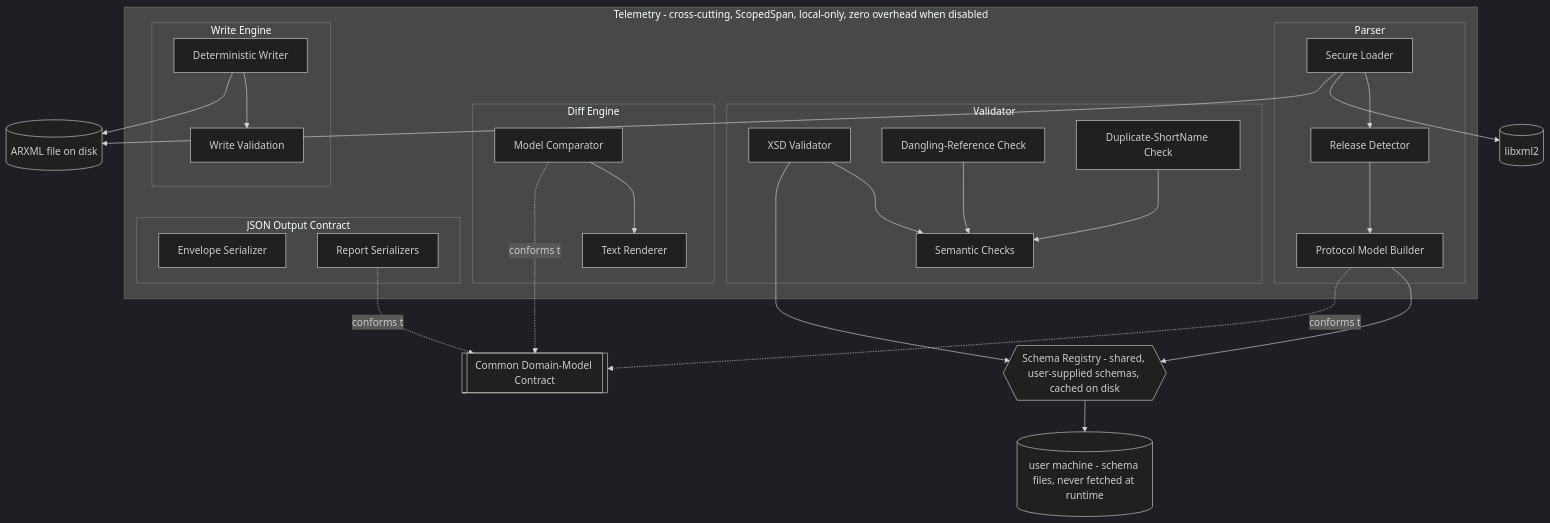
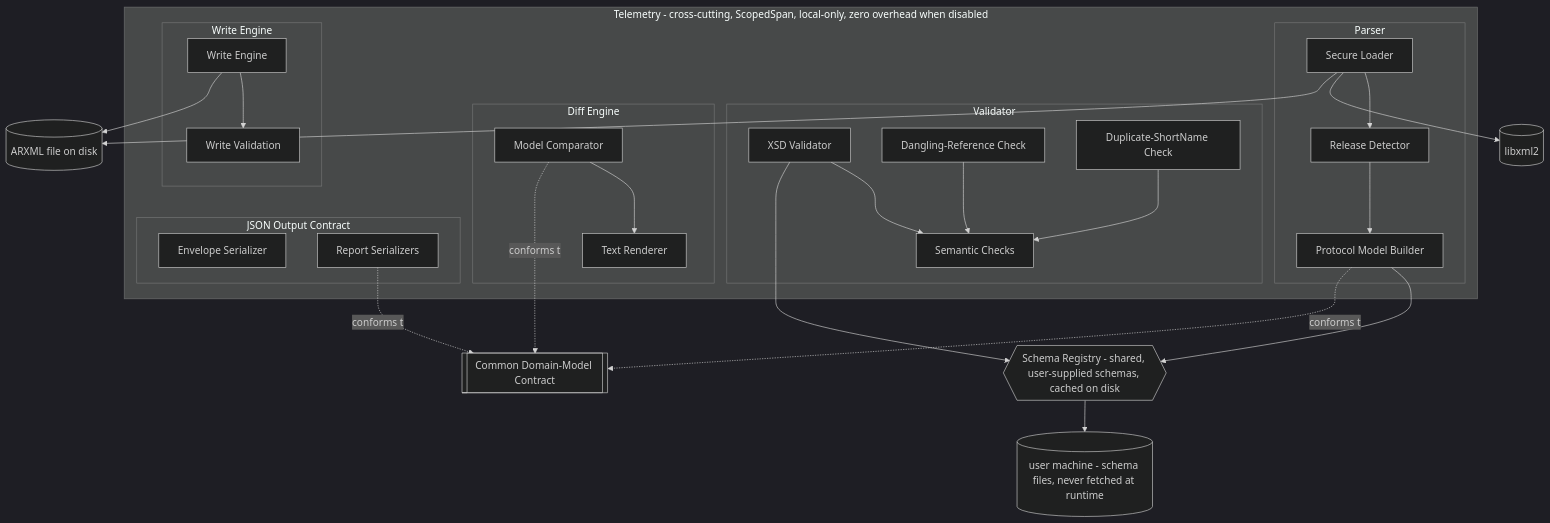
Before and after one commit to sureandhar-a/ParseX: the second of 4 diagrams in docs/hld.md, drawn with Mermaid (dark theme). The commit also changed other lines of this file and 2 other files, not shown here.

````diff
--- a/docs/hld.md
+++ b/docs/hld.md
@@ -41,46 +46,46 @@
 ```mermaid
 graph TD
     subgraph Telemetry[Telemetry - cross-cutting, ScopedSpan, local-only, zero overhead when disabled]
         subgraph Parser
             PLoader[Secure Loader] --> PRelease[Release Detector]
             PRelease --> PBuilder[Protocol Model Builder]
         end
 
         subgraph Validator
             VXsd[XSD Validator] --> VRules[Semantic Checks]
             VDangling[Dangling-Reference Check] --> VRules
             VDup[Duplicate-ShortName Check] --> VRules
         end
 
         subgraph DiffEngine[Diff Engine]
             DComp[Model Comparator] --> DRender[Text Renderer]
         end
 
         subgraph WriteEngine[Write Engine]
-            WEngine[Deterministic Writer] --> WValidate[Write Validation]
+            WEngine[Write Engine] --> WValidate[Write Validation]
         end
 
         subgraph JSONContract[JSON Output Contract]
             JEnv[Envelope Serializer]
             JDomain[Report Serializers]
         end
     end
 
     SchemaRegistry{{Schema Registry - shared, user-supplied schemas, cached on disk}}
     PBuilder --> SchemaRegistry
     VXsd --> SchemaRegistry
 
     Contract[[Common Domain-Model Contract]]
     PBuilder -.conforms to.-> Contract
     DComp -.conforms to.-> Contract
     JDomain -.conforms to.-> Contract
 
     Lib[(libxml2)]
     ARXML[(ARXML file on disk)]
     Schemas[(user machine - schema files, never fetched at runtime)]
 
     PLoader --> Lib
     PLoader --> ARXML
     WEngine --> ARXML
     SchemaRegistry --> Schemas
 ```
````
